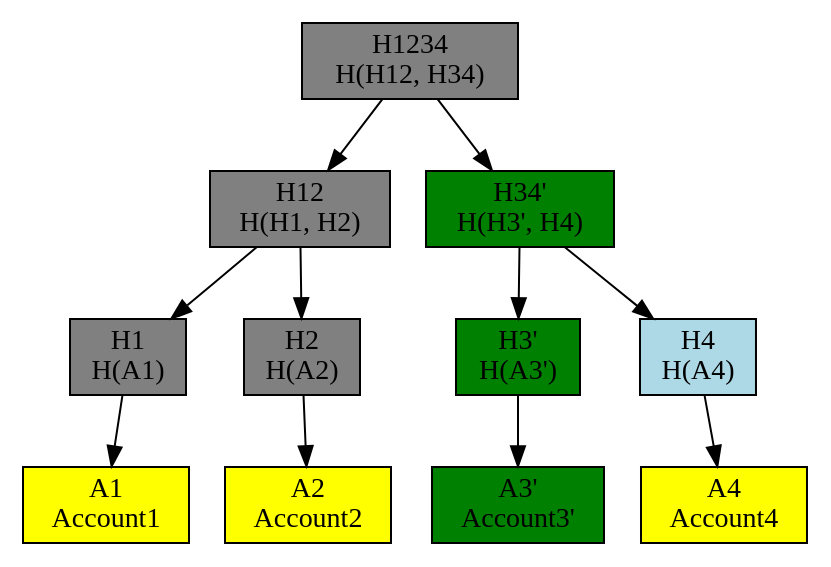
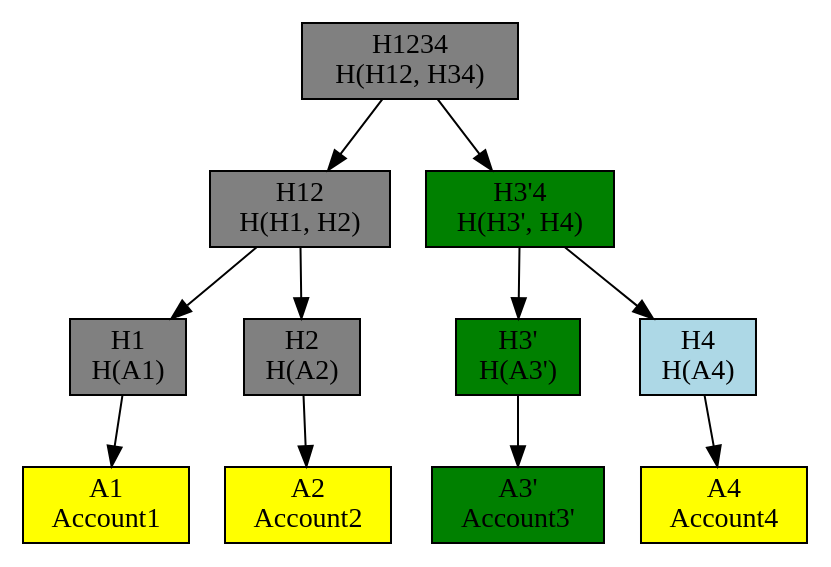
Before and after one commit to wu-s-john/Type-Safe-Persistent-Merkle-Trees: the diagram in my-presentation/spectacle/assets/merkle_tree_update_h1.dot, drawn with Graphviz. The commit also changed 4 other files, not shown here.

```diff
--- a/my-presentation/spectacle/assets/merkle_tree_update_h1.dot
+++ b/my-presentation/spectacle/assets/merkle_tree_update_h1.dot
@@ -1,32 +1,32 @@
 digraph {
     h21 -> a1;
     h22 -> a2;
     h23 -> a3;
     h24 -> a4;
 
     h11 -> h21;
     h11 -> h22;
     h12 -> h23;
     h12 -> h24;
 
     root -> h11;
     root -> h12;
     
     splines=line;
     
     a1[ style=filled fillcolor=yellow shape=rectangle label="A1\nAccount1" ];
     a2[ style=filled fillcolor=yellow shape=rectangle label="A2\nAccount2" ];
     a3[ style=filled fillcolor=green shape=rectangle label="A3'\nAccount3'"];
     a4[ style=filled fillcolor=yellow shape=rectangle label="A4\nAccount4"];
 
     h21 [style=filled fillcolor=grey shape=rectangle label="H1\nH(A1)"];
     h22 [style=filled fillcolor=grey shape=rectangle label="H2\nH(A2)"];
     h23 [style=filled fillcolor=green shape=rectangle label="H3'\nH(A3')"];
     h24 [style=filled fillcolor=lightblue shape=rectangle label="H4\nH(A4)"];
 
     h11 [ style=filled fillcolor=grey shape=rectangle label="H12\nH(H1, H2)"];
-    h12 [ style=filled fillcolor=green shape=rectangle label="H34'\nH(H3', H4)"];
+    h12 [ style=filled fillcolor=green shape=rectangle label="H3'4\nH(H3', H4)"];
     root [ style=filled fillcolor=grey shape=rectangle label="H1234\nH(H12, H34)"];
     
     node [shape=rectangle];
 }
```
